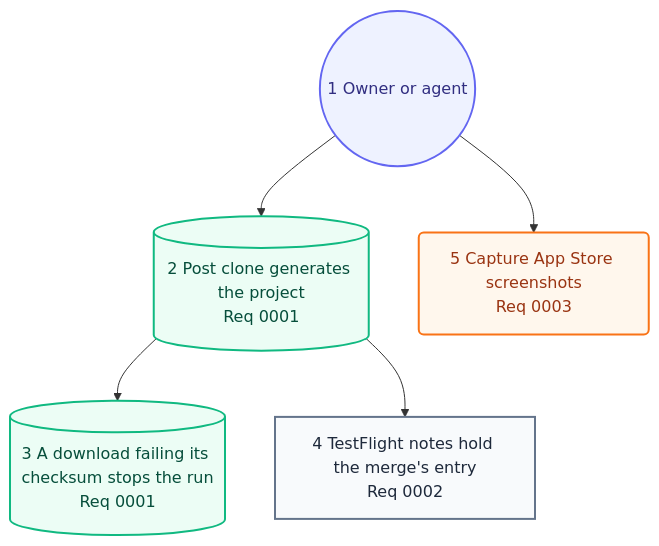
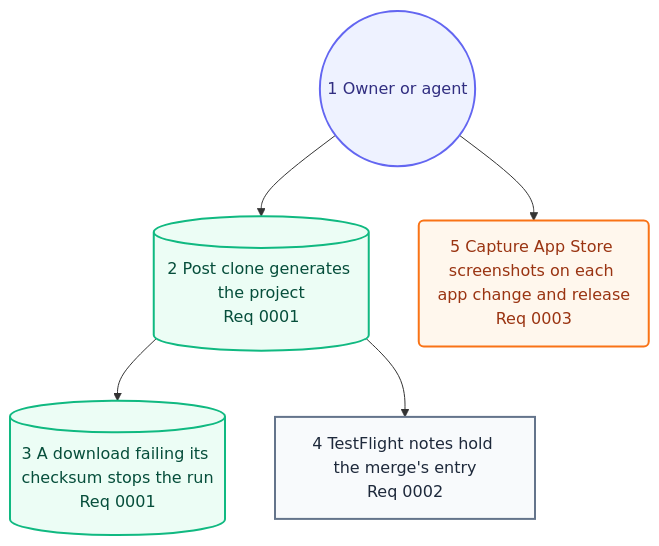
The second of 2 diagrams in docs/architecture/05-user-journey.md (may-journal/xcode-tooling), drawn with Mermaid before and after one commit. The commit also changed 9 other files, not shown here.

First line of the commit message:
feat(screenshots): capture on each app change and before each release

````diff
--- a/docs/architecture/05-user-journey.md
+++ b/docs/architecture/05-user-journey.md
@@ -32,18 +32,18 @@
 ```mermaid
 flowchart TB
     owner((1 Owner or agent)):::persona
     clone[(2 Post clone generates the project<br/>Req 0001)]:::system
     mismatch[(3 A download failing its checksum stops the run<br/>Req 0001)]:::system
     notes[4 TestFlight notes hold the merge's entry<br/>Req 0002]:::screen
-    shots(5 Capture App Store screenshots<br/>Req 0003):::action
+    shots(5 Capture App Store screenshots on each app change and release<br/>Req 0003):::action
 
     owner --> clone
     clone --> mismatch
     clone --> notes
     owner --> shots
 
     classDef persona fill:#eef2ff,stroke:#6366f1,color:#312e81,stroke-width:2px
     classDef screen fill:#f8fafc,stroke:#64748b,color:#1e293b,stroke-width:2px
     classDef action fill:#fff7ed,stroke:#f97316,color:#9a3412,stroke-width:2px
     classDef system fill:#ecfdf5,stroke:#10b981,color:#064e3b,stroke-width:2px
 ```
````
